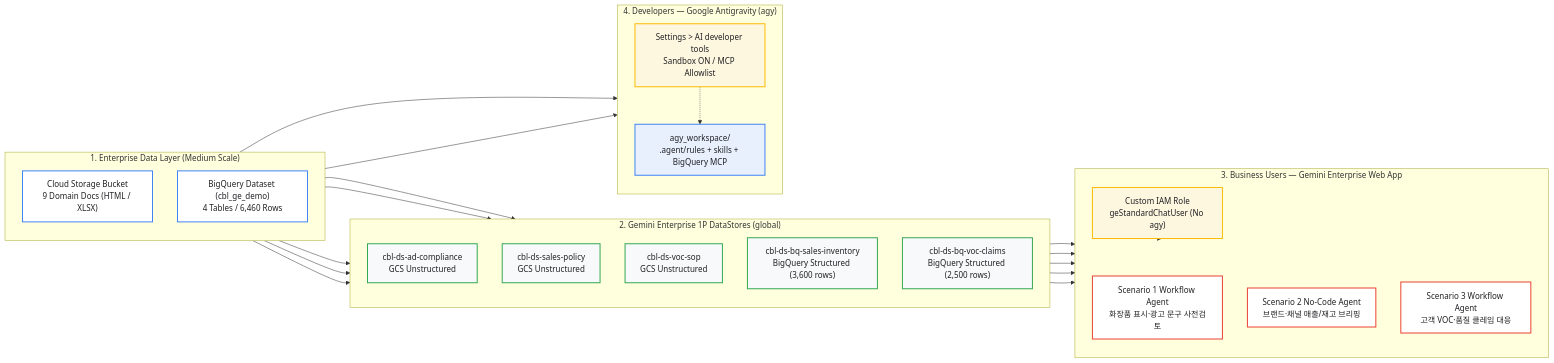
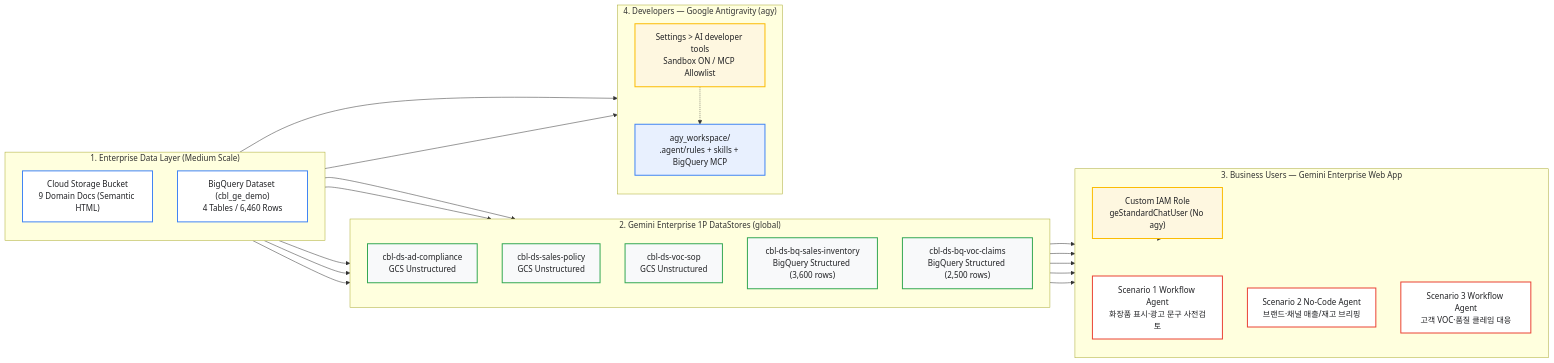
Before and after one commit to rhkim77/ge-agy-basic: the diagram in README.md, drawn with Mermaid. The commit also changed 2 other files, not shown here.

Commit message:
docs: align GCS 9 semantic HTML docs description and push clean state

````diff
--- a/README.md
+++ b/README.md
@@ -13,55 +13,55 @@
 ```mermaid
 flowchart LR
     subgraph DATA["1. Enterprise Data Layer (Medium Scale)"]
         direction TB
-        GCS["Cloud Storage Bucket<br/>9 Domain Docs (HTML / XLSX)"]
+        GCS["Cloud Storage Bucket<br/>9 Domain Docs (Semantic HTML)"]
         BQ["BigQuery Dataset (cbl_ge_demo)<br/>4 Tables / 6,460 Rows"]
     end
 
     subgraph DS["2. Gemini Enterprise 1P DataStores (global)"]
         direction TB
         DS1["cbl-ds-ad-compliance<br/>GCS Unstructured"]
         DS2["cbl-ds-sales-policy<br/>GCS Unstructured"]
         DS3["cbl-ds-voc-sop<br/>GCS Unstructured"]
         DS4["cbl-ds-bq-sales-inventory<br/>BigQuery Structured (3,600 rows)"]
         DS5["cbl-ds-bq-voc-claims<br/>BigQuery Structured (2,500 rows)"]
     end
 
     subgraph GE["3. Business Users — Gemini Enterprise Web App"]
         direction TB
         IAM1["Custom IAM Role<br/>geStandardChatUser (No agy)"]
         WF1["Scenario 1 Workflow Agent<br/>화장품 표시·광고 문구 사전검토"]
         AG2["Scenario 2 No-Code Agent<br/>브랜드·채널 매출/재고 브리핑"]
         WF3["Scenario 3 Workflow Agent<br/>고객 VOC·품질 클레임 대응"]
     end
 
     subgraph AGY["4. Developers — Google Antigravity (agy)"]
         direction TB
         GOV["Settings > AI developer tools<br/>Sandbox ON / MCP Allowlist"]
         WS["agy_workspace/<br/>.agent/rules + skills + BigQuery MCP"]
     end
 
     GCS --> DS1 & DS2 & DS3
     BQ --> DS4 & DS5
     DS1 --> WF1
     DS2 & DS4 --> AG2
     DS3 & DS5 --> WF3
     IAM1 -.-> GE
     GOV -.-> WS
     BQ --> WS
     GCS --> WS
 
     style GCS fill:#FFFFFF,stroke:#4285F4,stroke-width:2px,color:#202124
     style BQ fill:#FFFFFF,stroke:#4285F4,stroke-width:2px,color:#202124
     style DS1 fill:#F8F9FA,stroke:#34A853,stroke-width:2px,color:#202124
     style DS2 fill:#F8F9FA,stroke:#34A853,stroke-width:2px,color:#202124
     style DS3 fill:#F8F9FA,stroke:#34A853,stroke-width:2px,color:#202124
     style DS4 fill:#F8F9FA,stroke:#34A853,stroke-width:2px,color:#202124
     style DS5 fill:#F8F9FA,stroke:#34A853,stroke-width:2px,color:#202124
     style IAM1 fill:#FEF7E0,stroke:#FBBC04,stroke-width:2px,color:#202124
     style WF1 fill:#FFFFFF,stroke:#EA4335,stroke-width:2px,color:#202124
     style AG2 fill:#FFFFFF,stroke:#EA4335,stroke-width:2px,color:#202124
     style WF3 fill:#FFFFFF,stroke:#EA4335,stroke-width:2px,color:#202124
     style GOV fill:#FEF7E0,stroke:#FBBC04,stroke-width:2px,color:#202124
     style WS fill:#E8F0FE,stroke:#4285F4,stroke-width:2px,color:#202124
 ```
````
